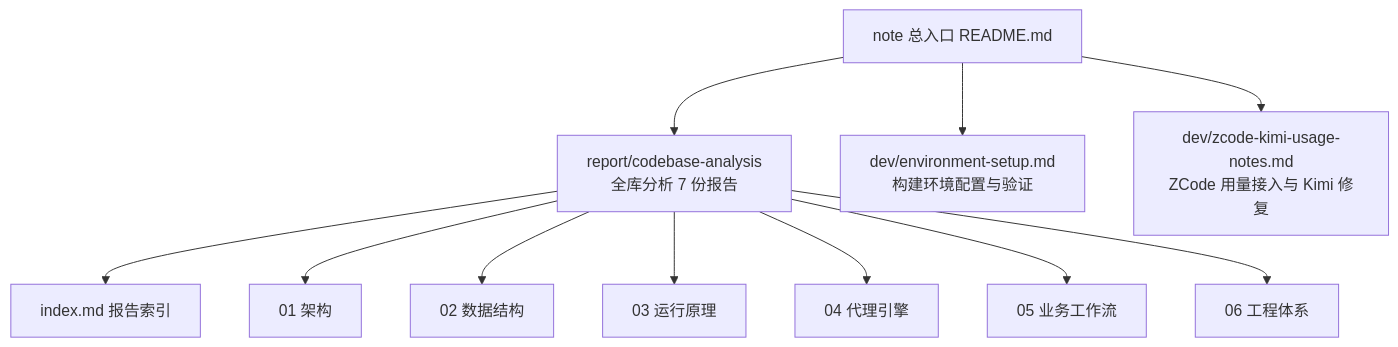
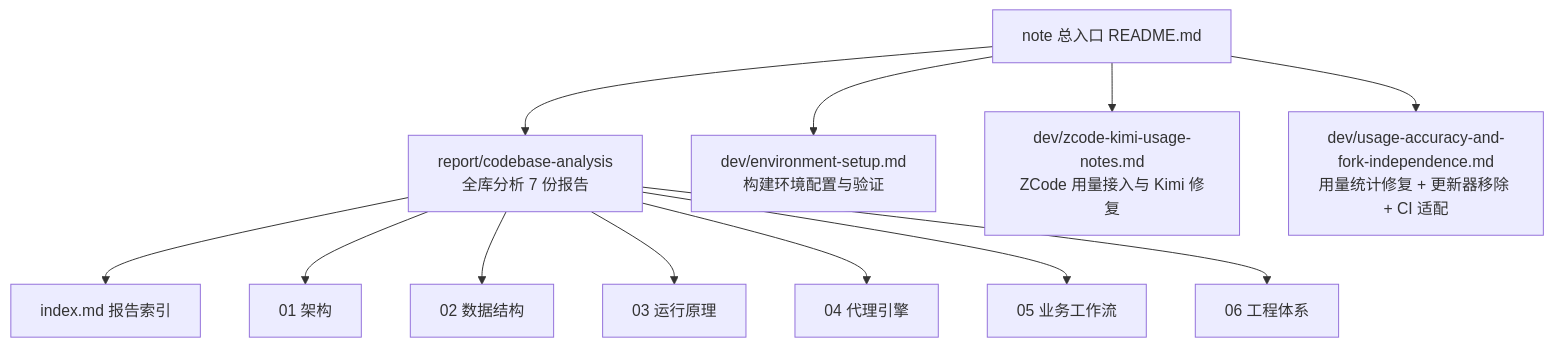
One commit to hershate/cc-switch changed the diagram in note/README.md. Above: the diagram before and after it, drawn with Mermaid. The commit also changed other lines of this file and 1 other file, not shown here.

First line of the commit message:
docs(note): record usage fixes and fork independence work

````diff
--- a/note/README.md
+++ b/note/README.md
@@ -7,13 +7,14 @@
 ```mermaid
 flowchart TD
     N["note 总入口 README.md"] --> R["report/codebase-analysis<br/>全库分析 7 份报告"]
     N --> D["dev/environment-setup.md<br/>构建环境配置与验证"]
     N --> D2["dev/zcode-kimi-usage-notes.md<br/>ZCode 用量接入与 Kimi 修复"]
+    N --> D3["dev/usage-accuracy-and-fork-independence.md<br/>用量统计修复 + 更新器移除 + CI 适配"]
     R --> R1["index.md 报告索引"]
     R --> R2["01 架构"]
     R --> R3["02 数据结构"]
     R --> R4["03 运行原理"]
     R --> R5["04 代理引擎"]
     R --> R6["05 业务工作流"]
     R --> R7["06 工程体系"]
 ```
````
